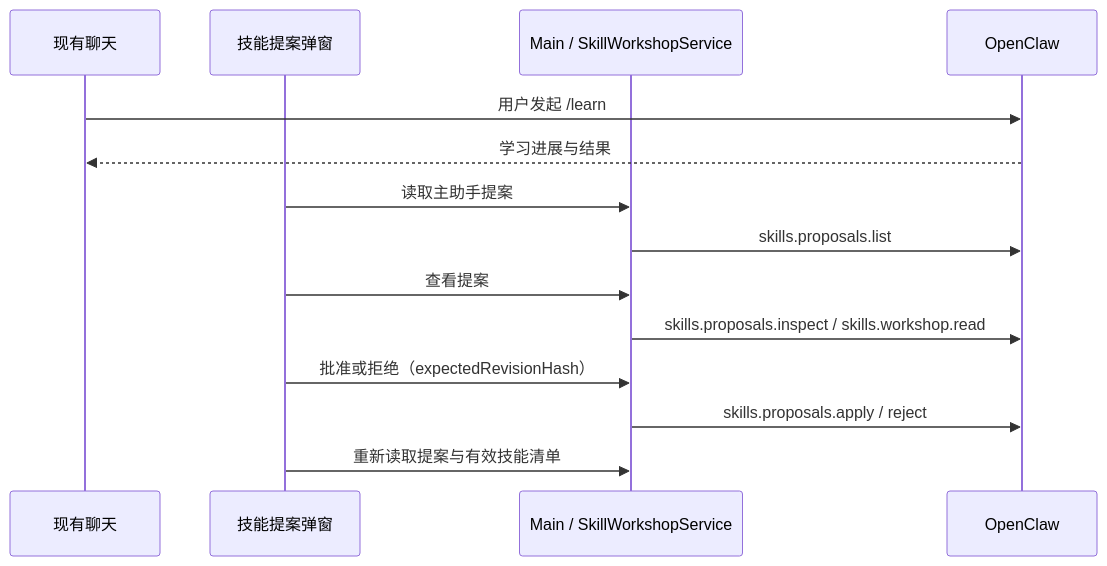
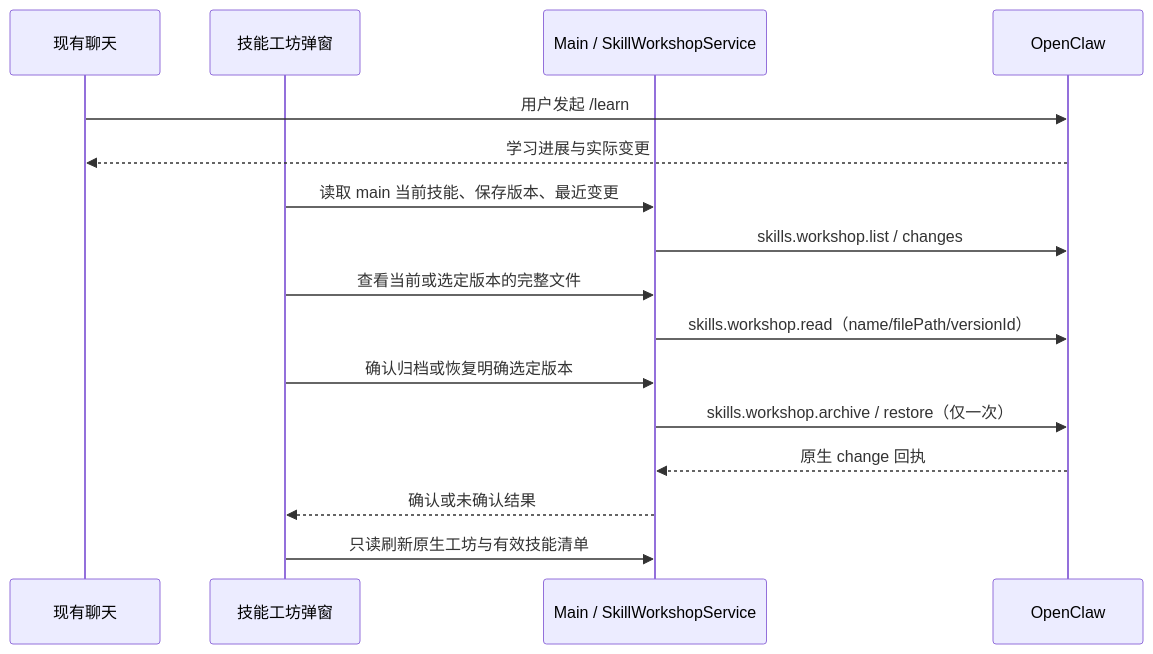
One commit to liangxhao/JustDo changed the second of 3 diagrams in docs/architecture/07-plugin-system.md. Above: the diagram before and after it, drawn with Mermaid. The commit also changed other lines of this file and 457 other files, not shown here.

````diff
--- a/docs/architecture/07-plugin-system.md
+++ b/docs/architecture/07-plugin-system.md
@@ -352,16 +355,18 @@
 ```mermaid
 sequenceDiagram
   participant C as 现有聊天
-  participant U as 技能提案弹窗
+  participant U as 技能工坊弹窗
   participant M as Main / SkillWorkshopService
   participant G as OpenClaw
   C->>G: 用户发起 /learn
-  G-->>C: 学习进展与结果
-  U->>M: 读取主助手提案
-  M->>G: skills.proposals.list
-  U->>M: 查看提案
-  M->>G: skills.proposals.inspect / skills.workshop.read
-  U->>M: 批准或拒绝（expectedRevisionHash）
-  M->>G: skills.proposals.apply / reject
-  U->>M: 重新读取提案与有效技能清单
+  G-->>C: 学习进展与实际变更
+  U->>M: 读取 main 当前技能、保存版本、最近变更
+  M->>G: skills.workshop.list / changes
+  U->>M: 查看当前或选定版本的完整文件
+  M->>G: skills.workshop.read（name/filePath/versionId）
+  U->>M: 确认归档或恢复明确选定版本
+  M->>G: skills.workshop.archive / restore（仅一次）
+  G-->>M: 原生 change 回执
+  M-->>U: 确认或未确认结果
+  U->>M: 只读刷新原生工坊与有效技能清单
 ```
````
